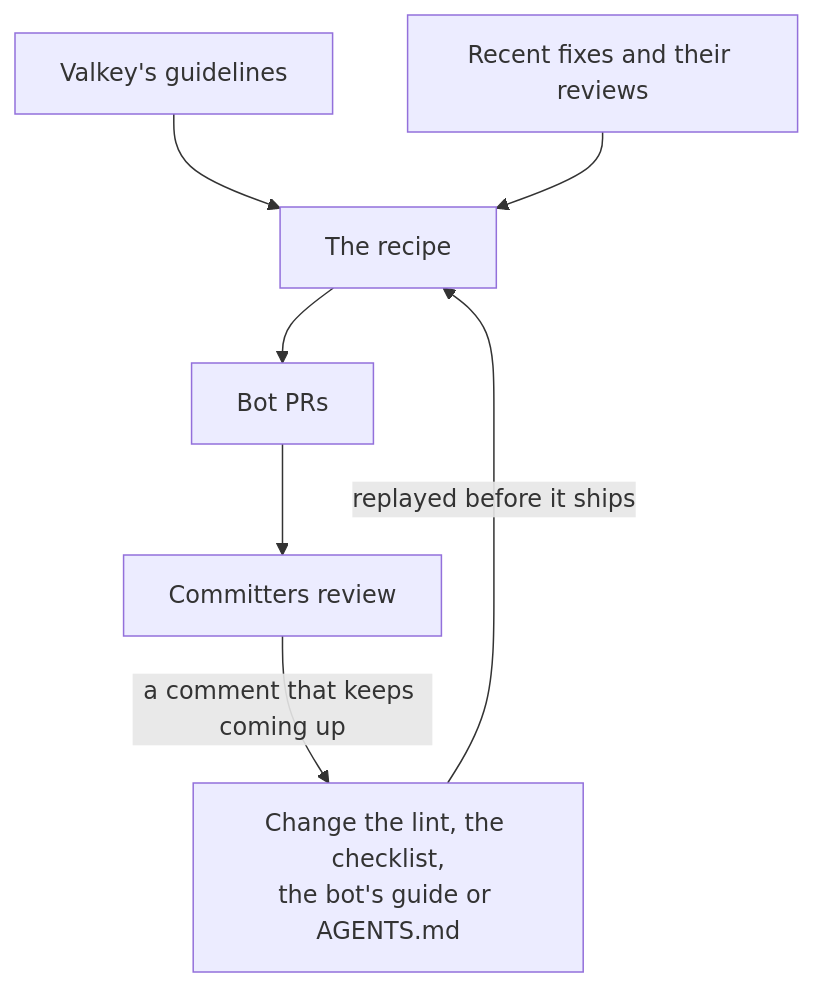
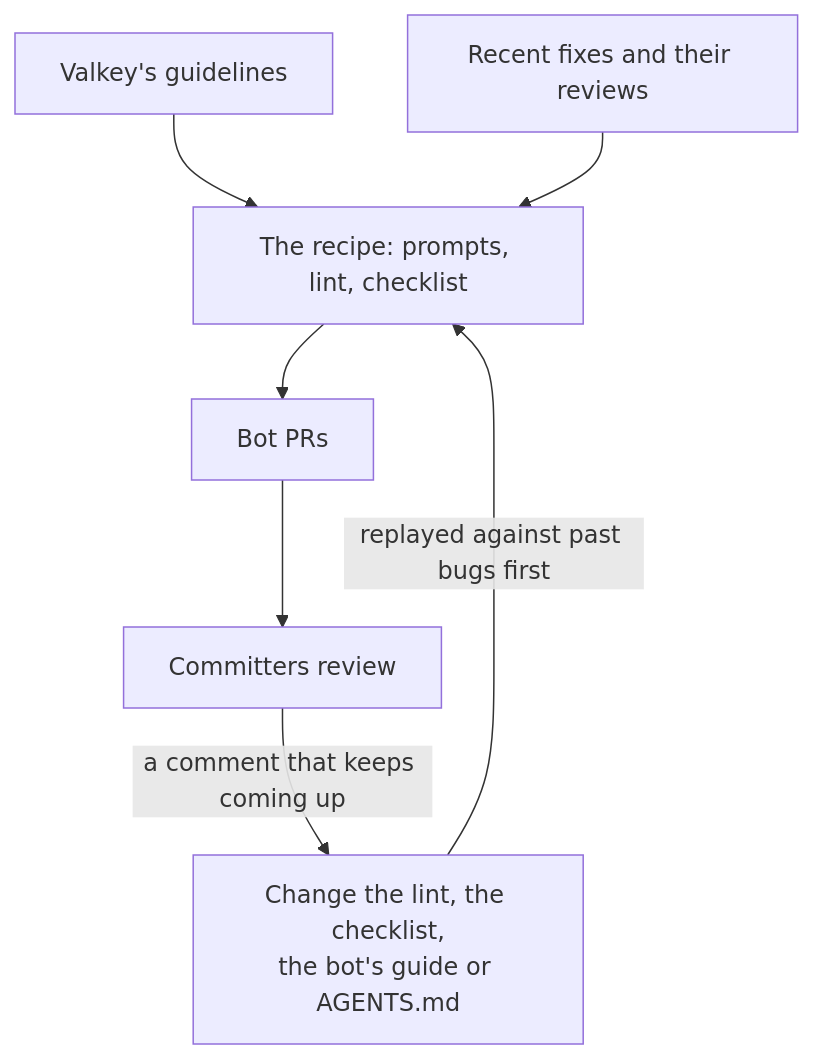
The fourth of 5 diagrams in docs/design/software-factory.md (sarthakaggarwal97/valkey-ci-agent), drawn with Mermaid before and after one commit. The commit also changed other lines of this file, not shown here.

````diff
--- a/docs/design/software-factory.md
+++ b/docs/design/software-factory.md
@@ -236,9 +166,9 @@
 ```mermaid
 flowchart TD
-    G["Valkey's guidelines"] --> R["The recipe"]
+    G["Valkey's guidelines"] --> R["The recipe: prompts, lint, checklist"]
     E["Recent fixes and their reviews"] --> R
     R --> PR["Bot PRs"]
     PR --> RV["Committers review"]
     RV -->|"a comment that keeps coming up"| CH["Change the lint, the checklist,<br/>the bot's guide or AGENTS.md"]
-    CH -->|"replayed before it ships"| R
+    CH -->|"replayed against past bugs first"| R
 ```
````
